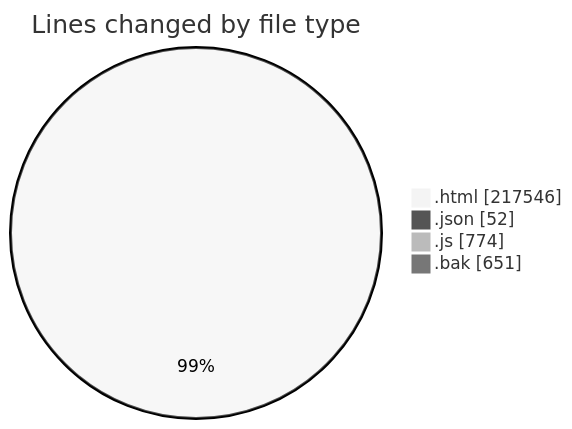
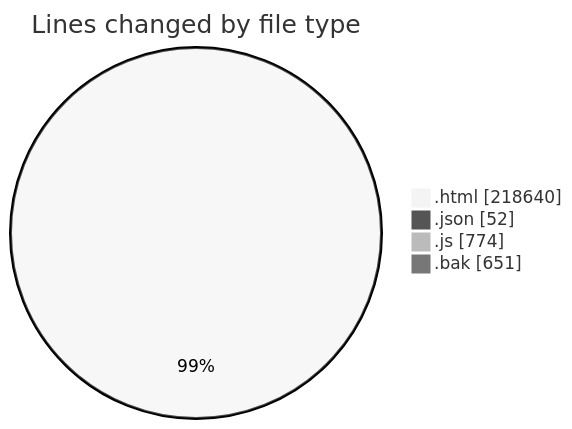
Before and after one commit to vahidmafi/code-tracking: the first of 2 diagrams in 2025-09-16/www/README.md, drawn with Mermaid (neutral theme). The commit also changed other lines of this file and 1 other file, not shown here.

````diff
--- a/2025-09-16/www/README.md
+++ b/2025-09-16/www/README.md
@@ -319,8 +319,8 @@
 ```mermaid
 pie showData
 title Lines changed by file type
-".html" : 217546
+".html" : 218640
 ".json" : 52
 ".js" : 774
 ".bak" : 651
 ```
````
